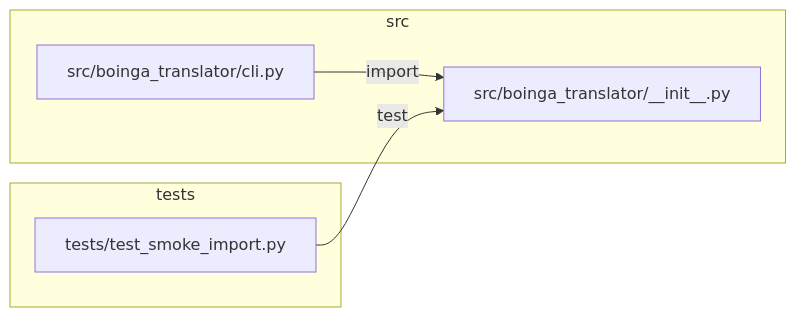
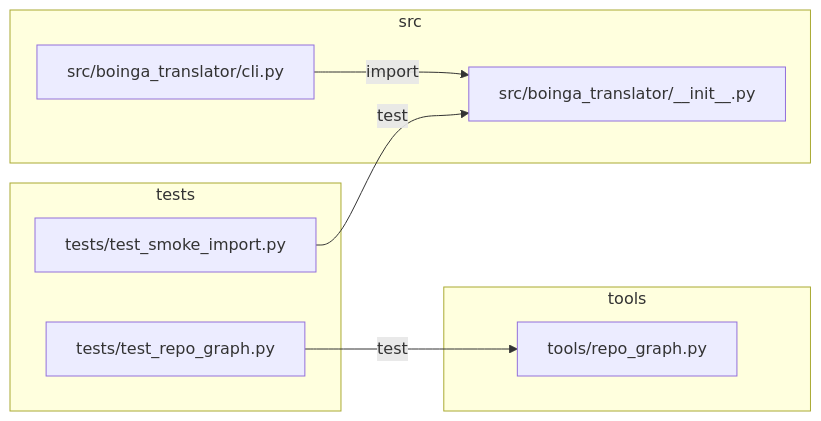
One commit to asparagusD/boinga-translator changed the diagram in docs/REPO_GRAPH.md. Above: the diagram before and after it, drawn with Mermaid. The commit also changed other lines of this file and 3 other files, not shown here.

````diff
--- a/docs/REPO_GRAPH.md
+++ b/docs/REPO_GRAPH.md
@@ -40,12 +41,17 @@
 ```mermaid
 graph LR
   subgraph sg_src["src"]
     n_src_boinga_translator___init___py["src/boinga_translator/__init__.py"]
     n_src_boinga_translator_cli_py["src/boinga_translator/cli.py"]
   end
   subgraph sg_tests["tests"]
+    n_tests_test_repo_graph_py["tests/test_repo_graph.py"]
     n_tests_test_smoke_import_py["tests/test_smoke_import.py"]
   end
+  subgraph sg_tools["tools"]
+    n_tools_repo_graph_py["tools/repo_graph.py"]
+  end
   n_src_boinga_translator_cli_py -->|import| n_src_boinga_translator___init___py
+  n_tests_test_repo_graph_py -->|test| n_tools_repo_graph_py
   n_tests_test_smoke_import_py -->|test| n_src_boinga_translator___init___py
 ```
````
